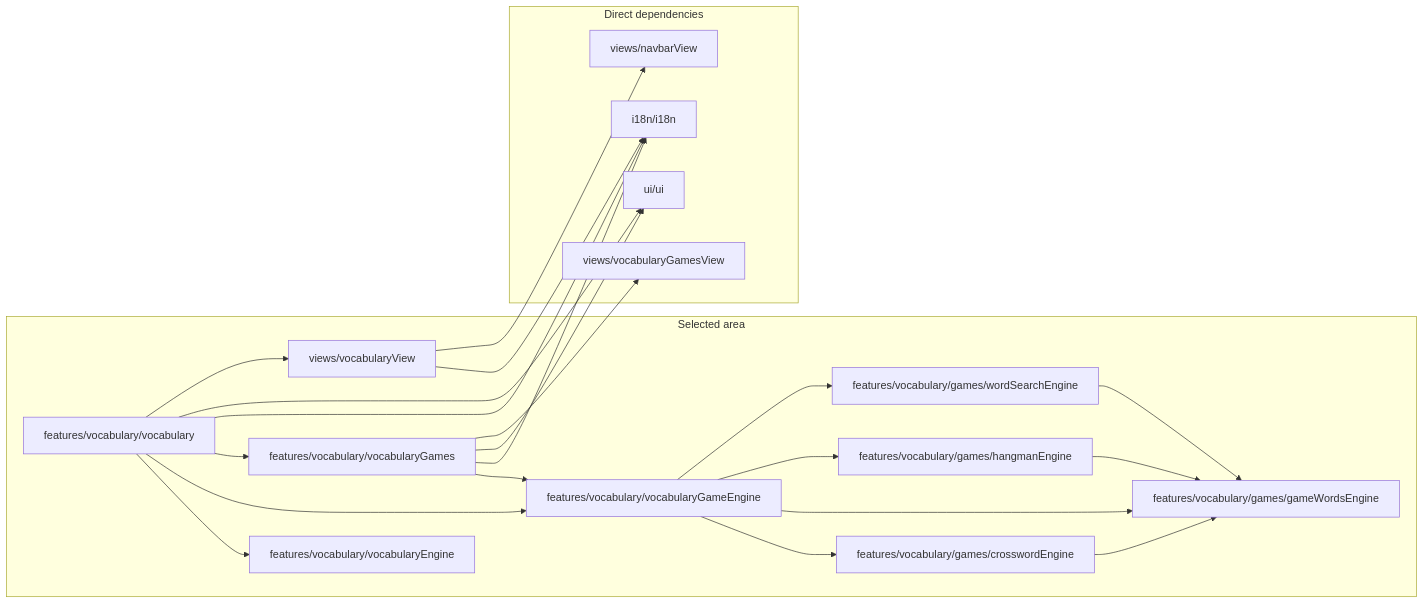
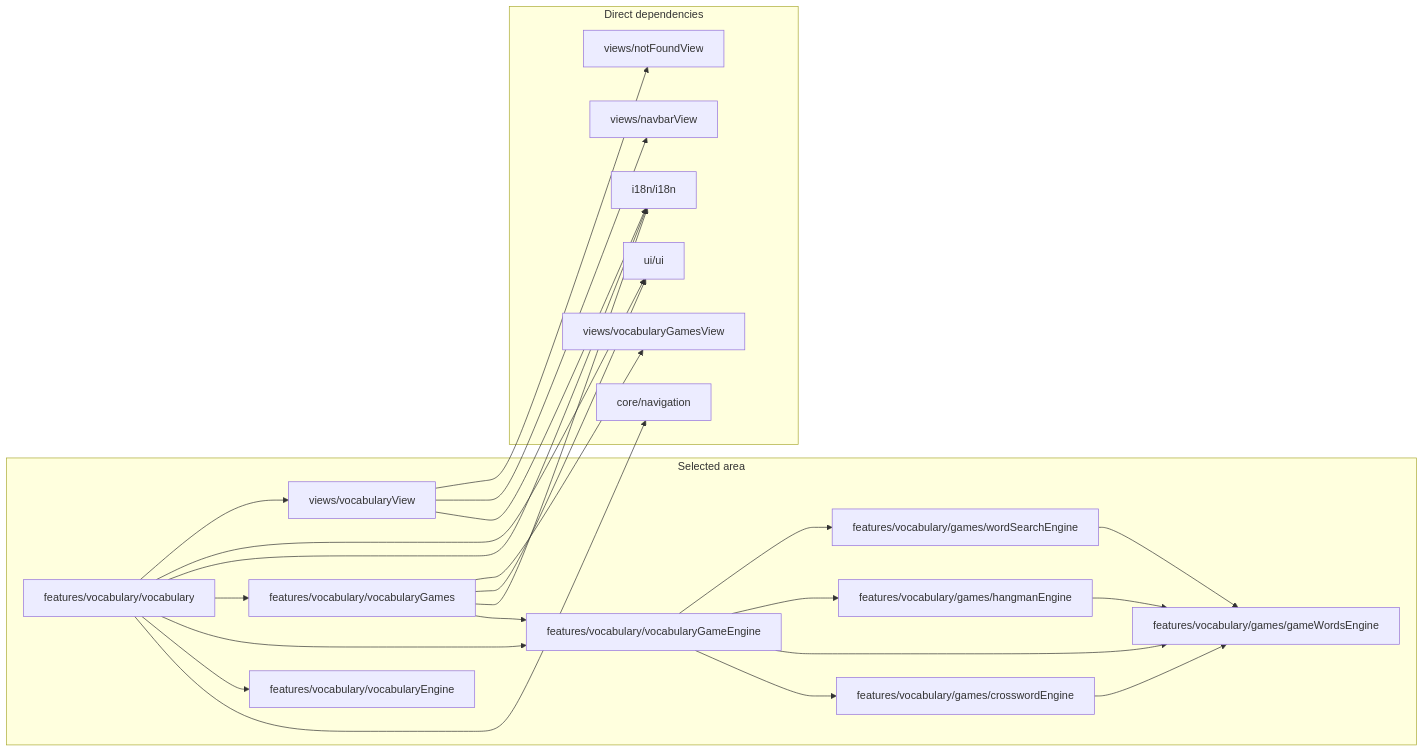
One commit to temsahak-rgb/Dino-5monde changed diagram 11 of 12 in docs/dependency-graph.md. Above: the diagram before and after it, drawn with Mermaid. The commit also changed other lines of this file, not shown here.

Commit message:
docs: update dependency graph [skip ci]

````diff
--- a/docs/dependency-graph.md
+++ b/docs/dependency-graph.md
@@ -320,39 +324,43 @@
 ```mermaid
 flowchart LR
     subgraph S["Selected area"]
         M0["features/vocabulary/games/crosswordEngine"]
         M1["features/vocabulary/games/gameWordsEngine"]
         M2["features/vocabulary/games/hangmanEngine"]
         M3["features/vocabulary/games/wordSearchEngine"]
         M4["features/vocabulary/vocabulary"]
         M5["features/vocabulary/vocabularyEngine"]
         M6["features/vocabulary/vocabularyGameEngine"]
         M7["features/vocabulary/vocabularyGames"]
         M8["views/vocabularyView"]
     end
     subgraph D["Direct dependencies"]
-        M9["i18n/i18n"]
-        M10["ui/ui"]
-        M11["views/navbarView"]
-        M12["views/vocabularyGamesView"]
+        M9["core/navigation"]
+        M10["i18n/i18n"]
+        M11["ui/ui"]
+        M12["views/navbarView"]
+        M13["views/notFoundView"]
+        M14["views/vocabularyGamesView"]
     end
     M0 --> M1
     M2 --> M1
     M3 --> M1
+    M4 --> M9
     M4 --> M5
     M4 --> M6
     M4 --> M7
-    M4 --> M9
     M4 --> M10
+    M4 --> M11
     M4 --> M8
     M6 --> M0
     M6 --> M1
     M6 --> M2
     M6 --> M3
     M7 --> M6
-    M7 --> M9
     M7 --> M10
-    M7 --> M12
-    M8 --> M9
-    M8 --> M11
+    M7 --> M11
+    M7 --> M14
+    M8 --> M10
+    M8 --> M12
+    M8 --> M13
 ```
````
